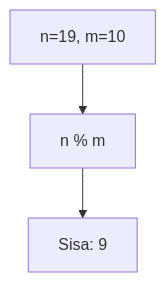
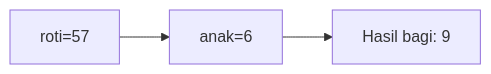
Diagram 16 of 25 in part-c-pemahaman-cpp/01-tipe-data/latihan/set-10.md (amnahwaida/OSNK_INF_PREP), drawn with Mermaid before and after one commit. The commit also changed other lines of this file and 71 other files, not shown here.

````diff
--- a/part-c-pemahaman-cpp/01-tipe-data/latihan/set-10.md
+++ b/part-c-pemahaman-cpp/01-tipe-data/latihan/set-10.md
@@ -460,5 +449,5 @@
 ```mermaid
-graph TD
-A["n=19, m=10"] --> B["n % m"]
-B --> C["Sisa: 9"]
+graph LR
+A["roti=57"] --> B["anak=6"]
+B --> C["Hasil bagi: 9"]
 ```
````
